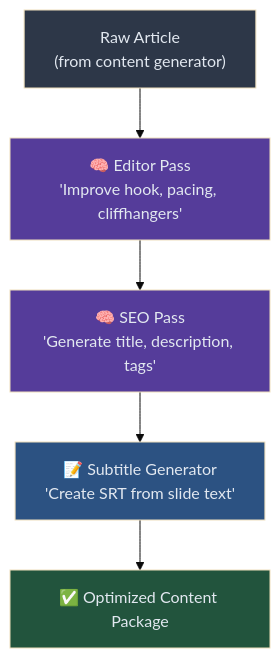
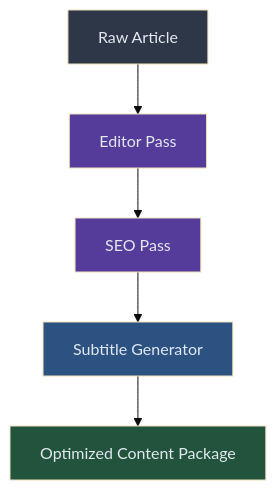
Before and after one commit to AbhinandanPun/dinopedia: the diagram in specs/spec-07-seo-optimization.md, drawn with Mermaid (base theme). The commit also changed 5 other files, not shown here.

````diff
--- a/specs/spec-07-seo-optimization.md
+++ b/specs/spec-07-seo-optimization.md
@@ -30,13 +30,13 @@
 ```mermaid
 flowchart TD
-    A["Raw Article\n(from content generator)"] --> B["🧠 Editor Pass\n'Improve hook, pacing, cliffhangers'"]
-    B --> C["🧠 SEO Pass\n'Generate title, description, tags'"]
-    C --> D["📝 Subtitle Generator\n'Create SRT from slide text'"]
-    D --> E["✅ Optimized Content Package"]
+    A["Raw Article"] --> B["Editor Pass"]
+    B --> C["SEO Pass"]
+    C --> D["Subtitle Generator"]
+    D --> E["Optimized Content Package"]
 
     style A fill:#2d3748,color:#e2e8f0
     style B fill:#553c9a,color:#e2e8f0
     style C fill:#553c9a,color:#e2e8f0
     style D fill:#2c5282,color:#e2e8f0
     style E fill:#22543d,color:#e2e8f0
 ```
````
